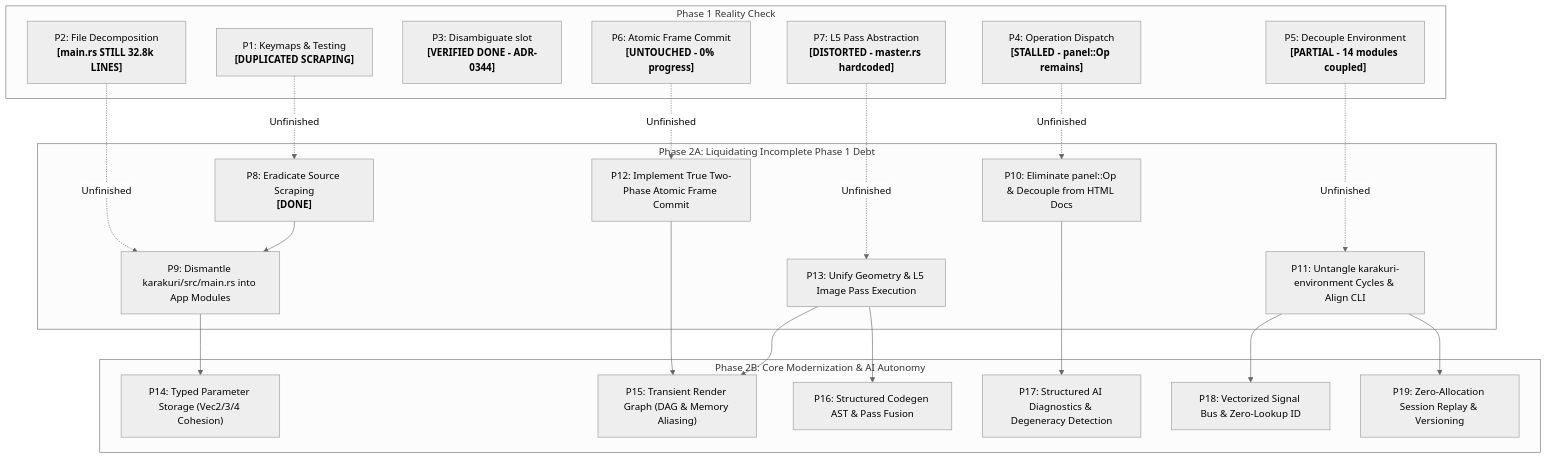
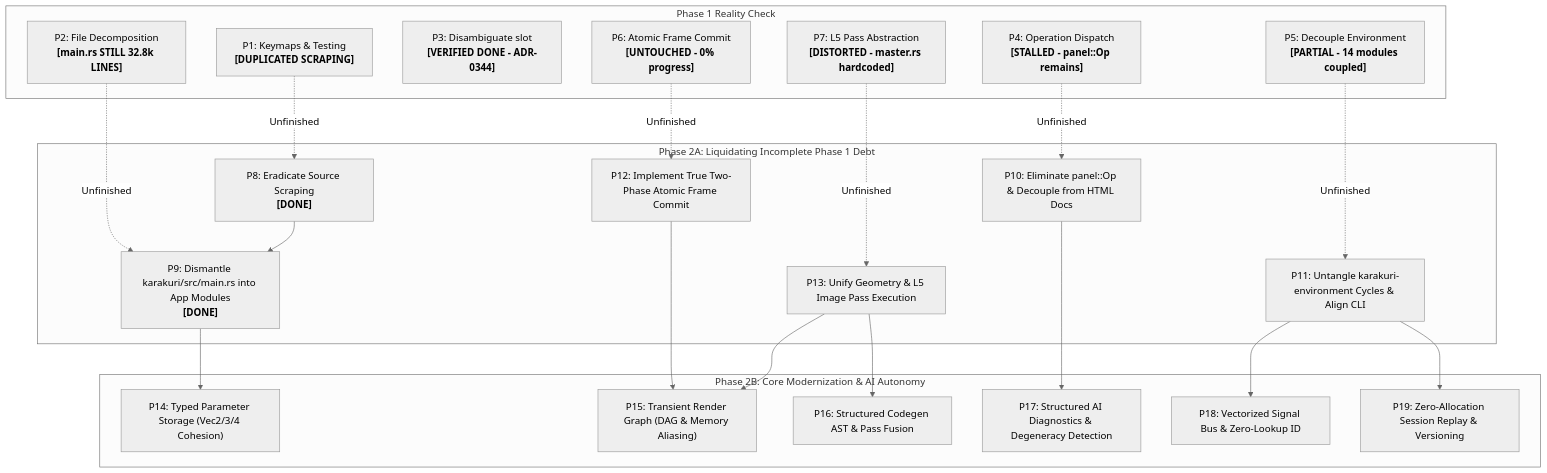
Before and after one commit to toyoshim-i/Karakuri: the diagram in docs/refactoring.md, drawn with Mermaid (neutral theme). The commit also changed other lines of this file and 11 other files, not shown here.

First line of the commit message:
refactor(karakuri): dismantle main.rs monolith into modular architecture (P9)

````diff
--- a/docs/refactoring.md
+++ b/docs/refactoring.md
@@ -26,45 +26,45 @@
 ```mermaid
 graph TD
     subgraph Phase1Reality["Phase 1 Reality Check"]
         P1["P1: Keymaps & Testing<br/><b>[DUPLICATED SCRAPING]</b>"]
         P2["P2: File Decomposition<br/><b>[main.rs STILL 32.8k LINES]</b>"]
         P3["P3: Disambiguate slot<br/><b>[VERIFIED DONE - ADR-0344]</b>"]
         P4["P4: Operation Dispatch<br/><b>[STALLED - panel::Op remains]</b>"]
         P5["P5: Decouple Environment<br/><b>[PARTIAL - 14 modules coupled]</b>"]
         P6["P6: Atomic Frame Commit<br/><b>[UNTOUCHED - 0% progress]</b>"]
         P7["P7: L5 Pass Abstraction<br/><b>[DISTORTED - master.rs hardcoded]</b>"]
     end
 
     subgraph Phase2A["Phase 2A: Liquidating Incomplete Phase 1 Debt"]
         P8["P8: Eradicate Source Scraping<br/><b>[DONE]</b>"]
-        P9["P9: Dismantle karakuri/src/main.rs into App Modules"]
+        P9["P9: Dismantle karakuri/src/main.rs into App Modules<br/><b>[DONE]</b>"]
         P10["P10: Eliminate panel::Op & Decouple from HTML Docs"]
         P11["P11: Untangle karakuri-environment Cycles & Align CLI"]
         P12["P12: Implement True Two-Phase Atomic Frame Commit"]
         P13["P13: Unify Geometry & L5 Image Pass Execution"]
     end
 
     subgraph Phase2B["Phase 2B: Core Modernization & AI Autonomy"]
         P14["P14: Typed Parameter Storage (Vec2/3/4 Cohesion)"]
         P15["P15: Transient Render Graph (DAG & Memory Aliasing)"]
         P16["P16: Structured Codegen AST & Pass Fusion"]
         P17["P17: Structured AI Diagnostics & Degeneracy Detection"]
         P18["P18: Vectorized Signal Bus & Zero-Lookup ID"]
         P19["P19: Zero-Allocation Session Replay & Versioning"]
     end
 
     P1 -.->|Unfinished| P8
     P2 -.->|Unfinished| P9
     P4 -.->|Unfinished| P10
     P5 -.->|Unfinished| P11
     P6 -.->|Unfinished| P12
     P7 -.->|Unfinished| P13
     P8 --> P9
     P9 --> P14
     P12 --> P15
     P13 --> P15
     P13 --> P16
     P10 --> P17
     P11 --> P18
     P11 --> P19
 ```
````
